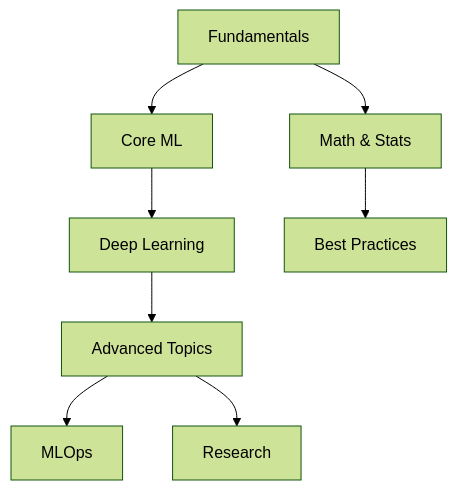
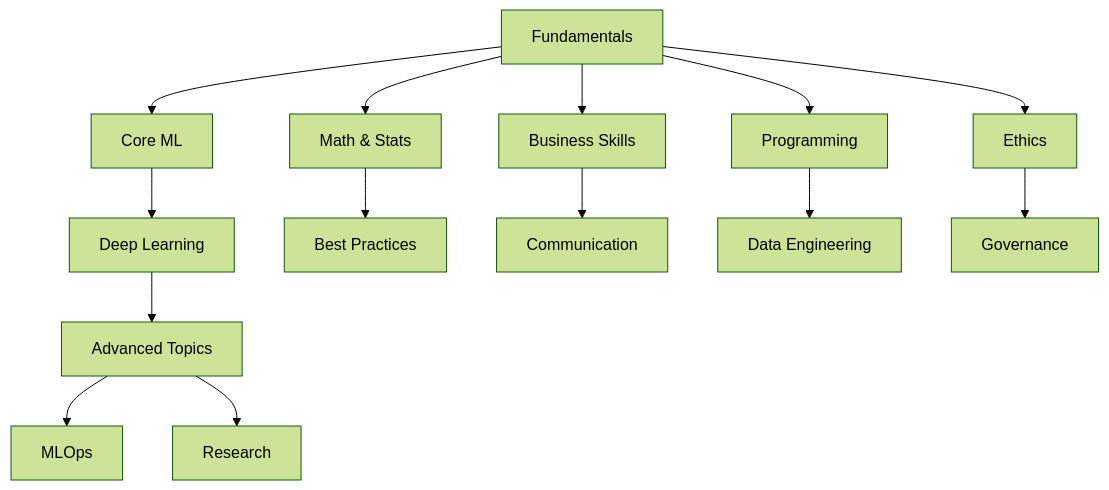
The first of 4 diagrams in README.md (dbsectrainer/AI-ML), drawn with Mermaid (forest theme) before and after one commit. The commit also changed other lines of this file and 27 other files, not shown here.

````diff
--- a/README.md
+++ b/README.md
@@ -32,10 +37,16 @@
 ```mermaid
 graph TD
     A[Fundamentals] --> B[Core ML]
     B --> C[Deep Learning]
     C --> D[Advanced Topics]
     D --> E1[MLOps]
     D --> E2[Research]
     A --> F[Math & Stats]
     F --> G[Best Practices]
+    A --> H[Business Skills]
+    A --> I[Programming]
+    A --> J[Ethics]
+    H --> K[Communication]
+    I --> L[Data Engineering]
+    J --> M[Governance]
 ```
````
